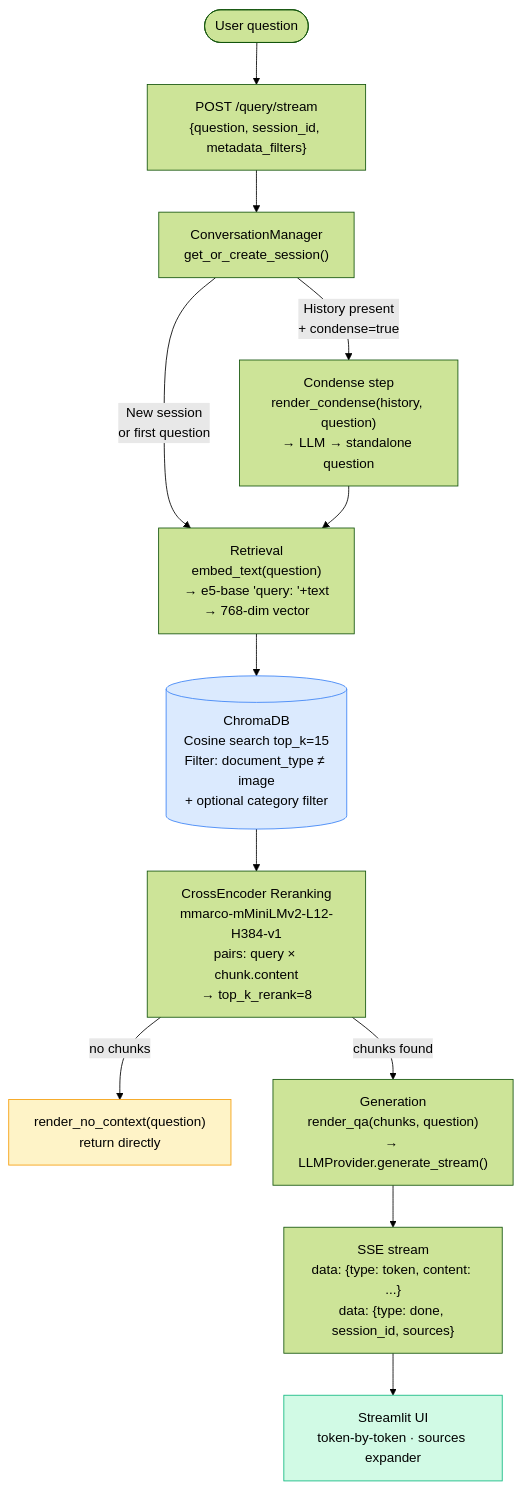
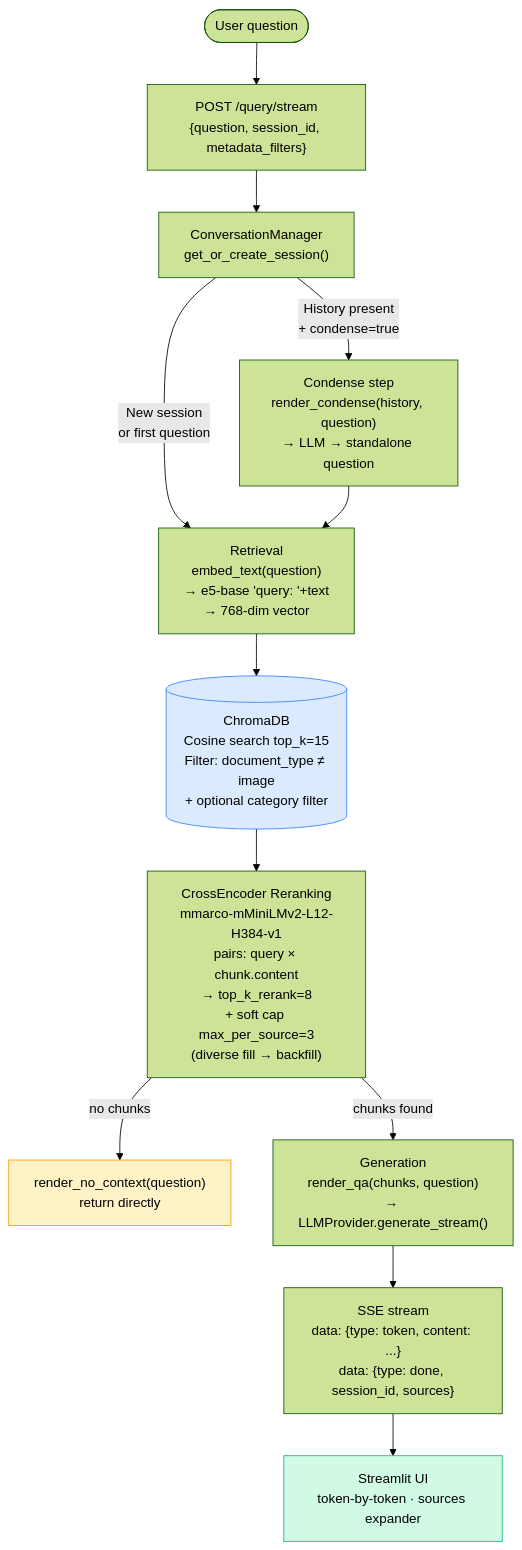
One commit to FabianHentrich/lorekeeper changed the second of 5 diagrams in docs/data-flow.md. Above: the diagram before and after it, drawn with Mermaid (forest theme). The commit also changed 26 other files, not shown here.

Commit message:
Add max_per_source cap for diverse chunk retrieval and implement token usage tracking

````diff
--- a/docs/data-flow.md
+++ b/docs/data-flow.md
@@ -40,30 +40,30 @@
 ```mermaid
 flowchart TD
     USER([User question]) --> API["POST /query/stream\n{question, session_id, metadata_filters}"]
 
     API --> CM["ConversationManager\nget_or_create_session()"]
 
     CM -->|"History present\n+ condense=true"| COND["Condense step\nrender_condense(history, question)\n→ LLM → standalone question"]
     CM -->|"New session\nor first question"| RET
 
     COND --> RET
 
     RET["Retrieval\nembed_text(question)\n→ e5-base 'query: '+text\n→ 768-dim vector"]
 
     RET --> CHROMA[("ChromaDB\nCosine search top_k=15\nFilter: document_type ≠ image\n+ optional category filter")]
 
-    CHROMA --> RERANK["CrossEncoder Reranking\nmmarco-mMiniLMv2-L12-H384-v1\npairs: query × chunk.content\n→ top_k_rerank=8"]
+    CHROMA --> RERANK["CrossEncoder Reranking\nmmarco-mMiniLMv2-L12-H384-v1\npairs: query × chunk.content\n→ top_k_rerank=8\n+ soft cap max_per_source=3\n(diverse fill → backfill)"]
 
     RERANK -->|"no chunks"| NOCX["render_no_context(question)\nreturn directly"]
     RERANK -->|"chunks found"| GEN
 
     GEN["Generation\nrender_qa(chunks, question)\n→ LLMProvider.generate_stream()"]
 
     GEN --> SSE["SSE stream\ndata: {type: token, content: ...}\ndata: {type: done, session_id, sources}"]
 
     SSE --> UI["Streamlit UI\ntoken-by-token · sources expander"]
 
     style CHROMA fill:#dbeafe,stroke:#3b82f6
     style NOCX fill:#fef3c7,stroke:#f59e0b
     style UI fill:#d1fae5,stroke:#10b981
 ```
````
